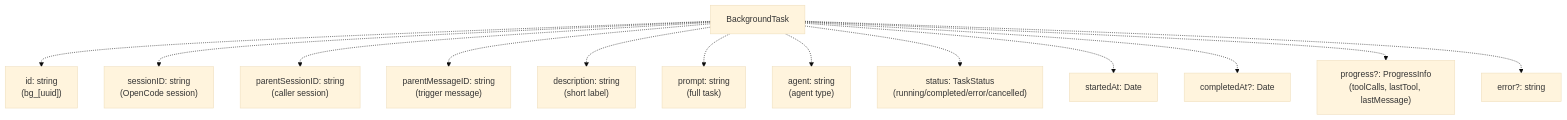
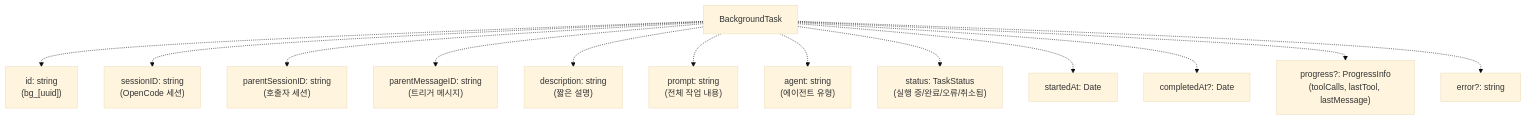
The first of 8 diagrams in docs/background-execution/background-manager.md (felipetruman/oh-my-opencode-docs), drawn with Mermaid (base theme) before and after one commit. The commit also changed other lines of this file and 76 other files, not shown here.

````diff
--- a/docs/background-execution/background-manager.md
+++ b/docs/background-execution/background-manager.md
@@ -45,30 +45,30 @@
 ```mermaid
 flowchart TD
 
 BackgroundTask["BackgroundTask"]
 id["id: string<br>(bg_[uuid])"]
-sessionID["sessionID: string<br>(OpenCode session)"]
-parentSessionID["parentSessionID: string<br>(caller session)"]
-parentMessageID["parentMessageID: string<br>(trigger message)"]
-description["description: string<br>(short label)"]
-prompt["prompt: string<br>(full task)"]
-agent["agent: string<br>(agent type)"]
-status["status: TaskStatus<br>(running/completed/error/cancelled)"]
+sessionID["sessionID: string<br>(OpenCode 세션)"]
+parentSessionID["parentSessionID: string<br>(호출자 세션)"]
+parentMessageID["parentMessageID: string<br>(트리거 메시지)"]
+description["description: string<br>(짧은 설명)"]
+prompt["prompt: string<br>(전체 작업 내용)"]
+agent["agent: string<br>(에이전트 유형)"]
+status["status: TaskStatus<br>(실행 중/완료/오류/취소됨)"]
 startedAt["startedAt: Date"]
 completedAt["completedAt?: Date"]
 progress["progress?: ProgressInfo<br>(toolCalls, lastTool, lastMessage)"]
 error["error?: string"]
 
 BackgroundTask -.-> id
 BackgroundTask -.-> sessionID
 BackgroundTask -.-> parentSessionID
 BackgroundTask -.-> parentMessageID
 BackgroundTask -.-> description
 BackgroundTask -.-> prompt
 BackgroundTask -.-> agent
 BackgroundTask -.-> status
 BackgroundTask -.-> startedAt
 BackgroundTask -.-> completedAt
 BackgroundTask -.-> progress
 BackgroundTask -.-> error
 ```
````
